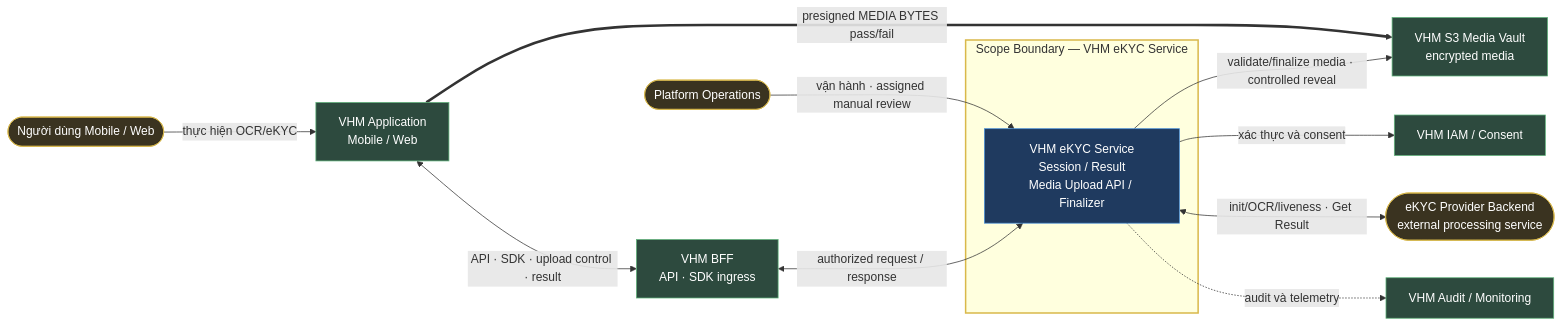
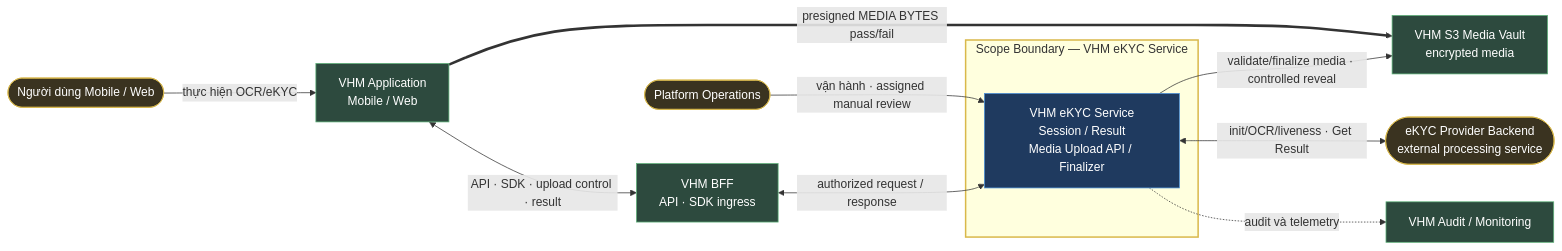
One commit to huynv-xyz/vhm changed the first of 19 diagrams in tdd2.md. Above: the diagram before and after it, drawn with Mermaid. The commit also changed other lines of this file, not shown here.

````diff
--- a/tdd2.md
+++ b/tdd2.md
@@ -360,30 +360,28 @@
 ```mermaid
 flowchart LR
     USER(["Người dùng Mobile / Web"]):::entity
     OPS(["Platform Operations"]):::entity
     APP["VHM Application<br/>Mobile / Web"]:::owned
     BFF["VHM BFF<br/>API · SDK ingress"]:::owned
-    IAM["VHM IAM / Consent"]:::owned
     OBS["VHM Audit / Monitoring"]:::owned
     VAULT["VHM S3 Media Vault<br/>encrypted media"]:::owned
     PROVIDER(["eKYC Provider Backend<br/>external processing service"]):::entity
 
     subgraph SCOPE["Scope Boundary — VHM eKYC Service"]
         CORE["VHM eKYC Service<br/>Session / Result<br/>Media Upload API / Finalizer"]:::bc
     end
 
     USER -->|thực hiện OCR/eKYC| APP
     OPS -->|vận hành · assigned manual review| CORE
     APP <-->|API · SDK · upload control · result| BFF
     BFF <-->|authorized request / response| CORE
     APP ==>|presigned MEDIA BYTES pass/fail| VAULT
     CORE -->|validate/finalize media · controlled reveal| VAULT
-    CORE -->|xác thực và consent| IAM
     CORE <-->|init/OCR/liveness · Get Result| PROVIDER
     CORE -.->|audit và telemetry| OBS
 
     style SCOPE stroke:#d9b84a,stroke-width:2px
     classDef bc fill:#1f3a5f,stroke:#4a90d9,color:#fff;
     classDef owned fill:#2d4a3e,stroke:#5fb37a,color:#fff;
     classDef entity fill:#3a3320,stroke:#d9b84a,color:#fff;
 ```
````
